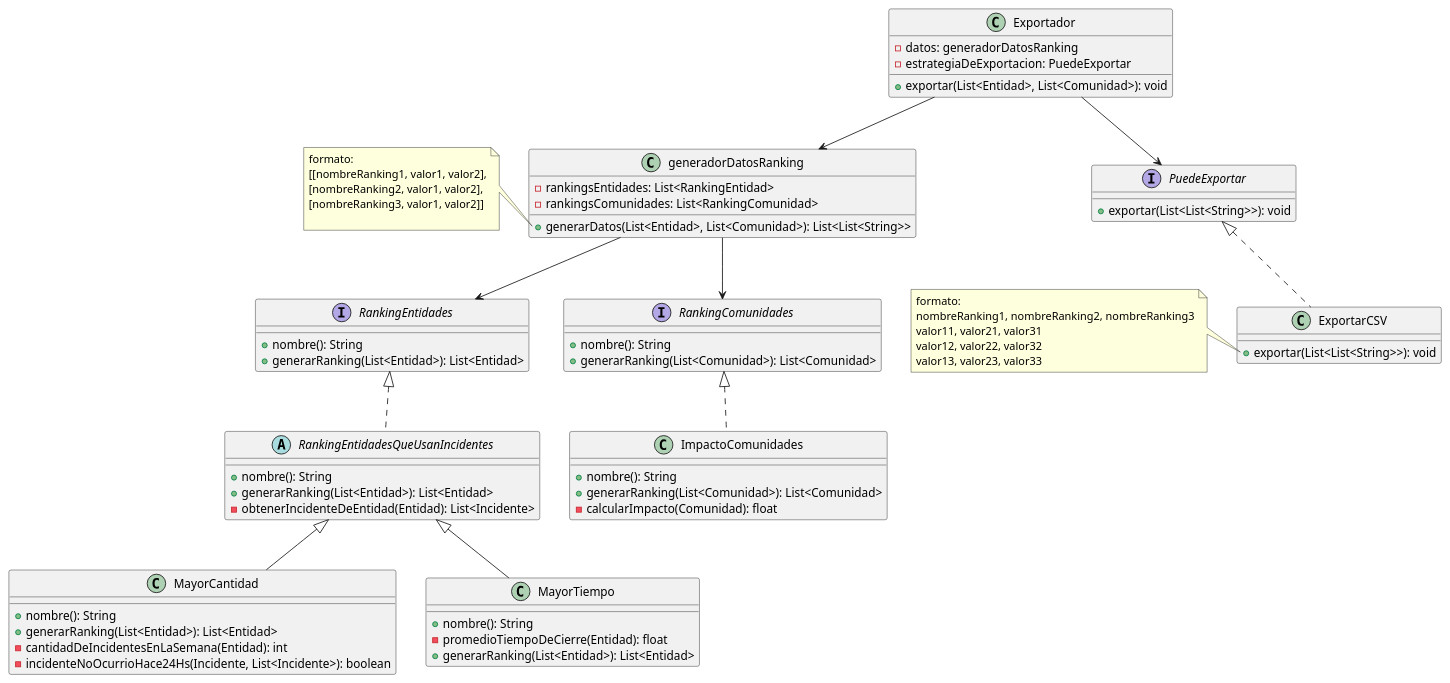
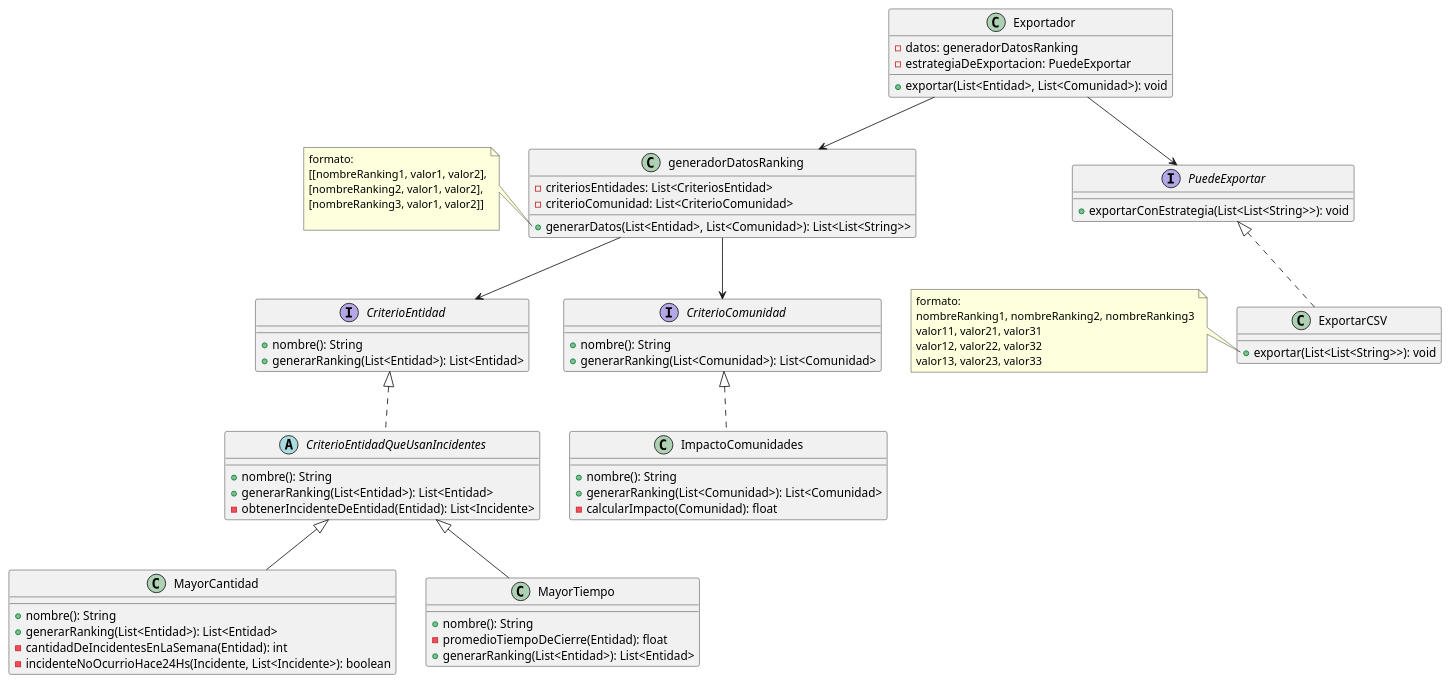
Before and after one commit to AndyTrias/comunidades-apoyo-movilidad-reducida-: the diagram in Entregables/DiagramaRankings.wsd, drawn with PlantUML.

Commit message:
diagrama de clases ranking actualizado

```diff
--- a/Entregables/DiagramaRankings.wsd
+++ b/Entregables/DiagramaRankings.wsd
@@ -1,95 +1,95 @@
 @startuml GenerarRankings
 
 
 
-abstract RankingEntidadesQueUsanIncidentes implements RankingEntidades{
+abstract CriterioEntidadQueUsanIncidentes implements CriterioEntidad{
     + nombre(): String
     + generarRanking(List<Entidad>): List<Entidad>
     - obtenerIncidenteDeEntidad(Entidad): List<Incidente>
 }
 
-class MayorCantidad extends RankingEntidadesQueUsanIncidentes {
+class MayorCantidad extends CriterioEntidadQueUsanIncidentes {
     + nombre(): String
     + generarRanking(List<Entidad>): List<Entidad>
     - cantidadDeIncidentesEnLaSemana(Entidad): int
     - incidenteNoOcurrioHace24Hs(Incidente, List<Incidente>): boolean
 }
 
 
 
 
-class MayorTiempo extends RankingEntidadesQueUsanIncidentes {
+class MayorTiempo extends CriterioEntidadQueUsanIncidentes {
     + nombre(): String
     - promedioTiempoDeCierre(Entidad): float
     + generarRanking(List<Entidad>): List<Entidad>
 }
 
 
-class ImpactoComunidades implements RankingComunidades {
+class ImpactoComunidades implements CriterioComunidad {
     + nombre(): String
     + generarRanking(List<Comunidad>): List<Comunidad>
     - calcularImpacto(Comunidad): float
 }
 
-interface RankingEntidades {
+interface CriterioEntidad {
     + nombre(): String
     + generarRanking(List<Entidad>): List<Entidad>
 }
 
-interface RankingComunidades {
+interface CriterioComunidad {
     + nombre(): String 
     + generarRanking(List<Comunidad>): List<Comunidad>
 }
 
 class generadorDatosRanking {
 
-    - rankingsEntidades: List<RankingEntidad>
-    - rankingsComunidades: List<RankingComunidad>
+    - criteriosEntidades: List<CriteriosEntidad>
+    - criterioComunidad: List<CriterioComunidad>
 
     + generarDatos(List<Entidad>, List<Comunidad>): List<List<String>>
     
 }
 
 note left of generadorDatosRanking::generarDatos
     formato: 
     [[nombreRanking1, valor1, valor2],
     [nombreRanking2, valor1, valor2],
     [nombreRanking3, valor1, valor2]]
 
 end note
 
 
 
 class Exportador {
 
     - datos: generadorDatosRanking
     - estrategiaDeExportacion: PuedeExportar
 
     + exportar(List<Entidad>, List<Comunidad>): void
 
 }
 
 interface PuedeExportar {
-    + exportar(List<List<String>>): void
+    + exportarConEstrategia(List<List<String>>): void
 }
 
 class ExportarCSV implements PuedeExportar {
     + exportar(List<List<String>>): void
 }
 
 note left of ExportarCSV::exportar
     formato: 
     nombreRanking1, nombreRanking2, nombreRanking3
     valor11, valor21, valor31
     valor12, valor22, valor32
     valor13, valor23, valor33
 end note
 
 
 Exportador --> PuedeExportar
 Exportador --> generadorDatosRanking
-generadorDatosRanking-->RankingEntidades
-generadorDatosRanking-->RankingComunidades
+generadorDatosRanking-->CriterioEntidad
+generadorDatosRanking-->CriterioComunidad
 
 
 @enduml
```
